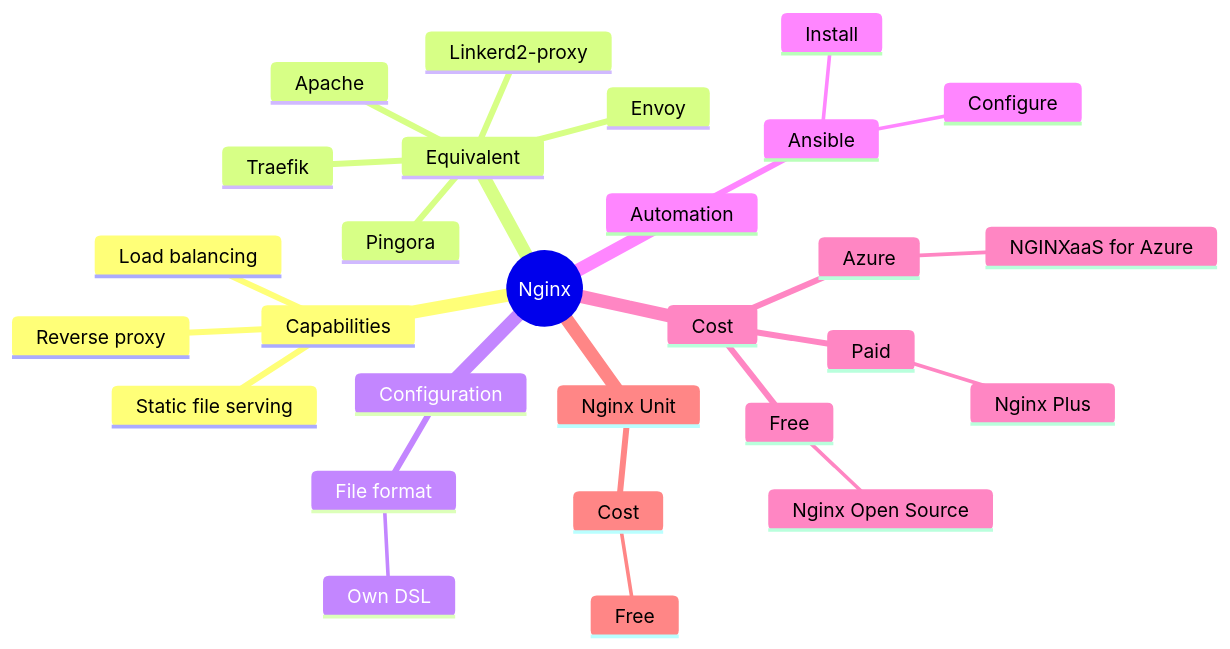
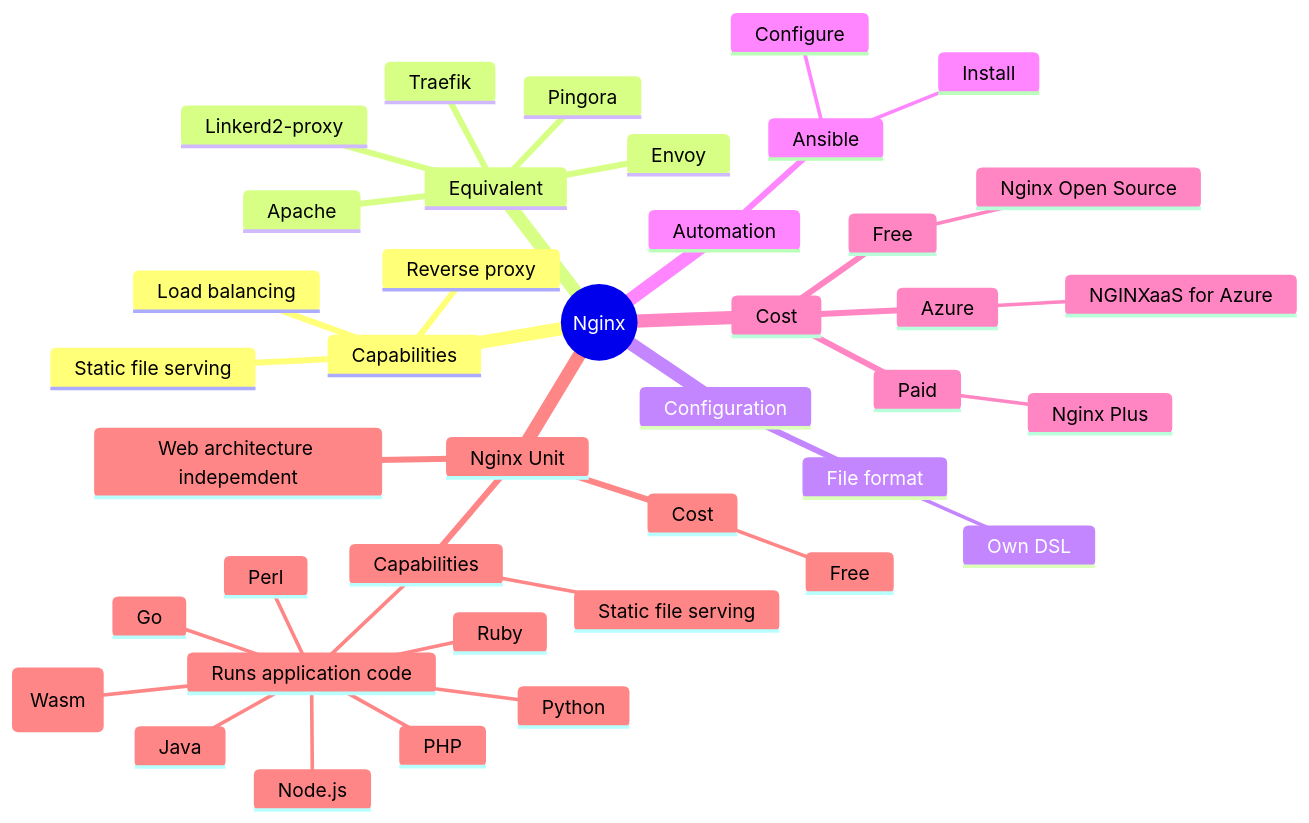
The diagram in README.md (xdvarpunen/nginx-adventure), drawn with Mermaid before and after one commit.

````diff
--- a/README.md
+++ b/README.md
@@ -5,31 +5,43 @@
 ```mermaid
 mindmap
   root((Nginx))
     Capabilities
       Load balancing
       Reverse proxy
       Static file serving
     Equivalent
       Apache
       Pingora
       Envoy
       Linkerd2-proxy
       Traefik
     Configuration
       File format
         Own DSL
     Automation
       Ansible
         Install
         Configure
     Cost
       Free
         Nginx Open Source
       Paid
         Nginx Plus
       Azure
         NGINXaaS for Azure
     Nginx Unit
       Cost
         Free
+      Capabilities
+        Static file serving
+        Runs application code
+          Go
+          Java
+          Node.js
+          Perl
+          PHP
+          Python
+          Ruby
+          WebAssembly (Wasm)
+      Web architecture indepemdent
 ```
````
